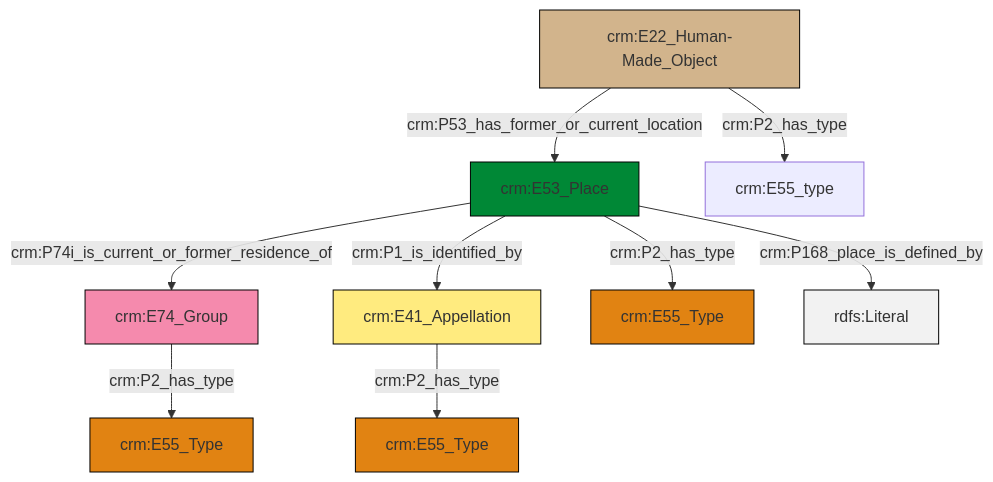
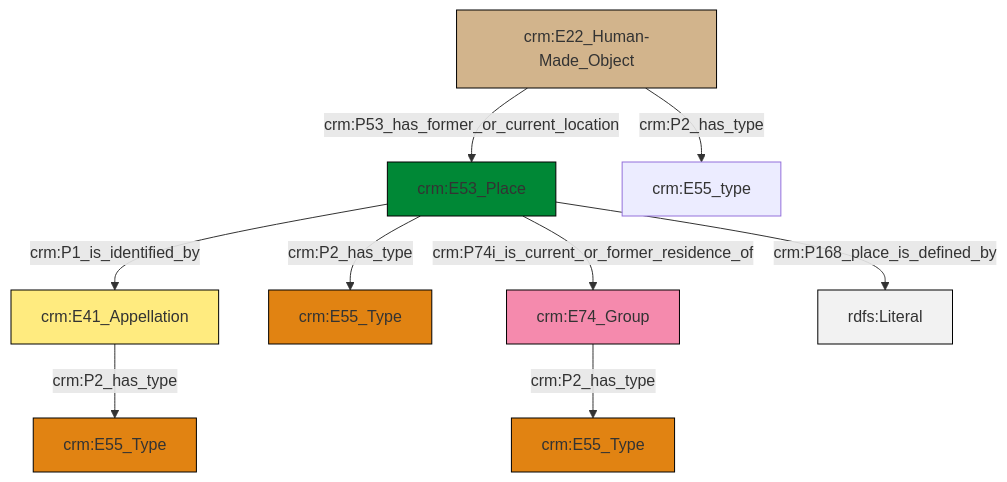
The diagram in et/artworkCSV/ttl/mmd/Artwork_Location.ttl.mmd (swiss-art-research-net/reference-data-models), drawn with Mermaid before and after one commit. The commit also changed 126 other files, not shown here.

```diff
--- a/et/artworkCSV/ttl/mmd/Artwork_Location.ttl.mmd
+++ b/et/artworkCSV/ttl/mmd/Artwork_Location.ttl.mmd
@@ -1,23 +1,23 @@
 graph TD
 classDef Literal fill:#f2f2f2,stroke:#000000;
 classDef CRM_Entity fill:#FFFFFF,stroke:#000000;
 classDef Temporal_Entity fill:#00C9E6, stroke:#000000;
 classDef Type fill:#E18312, stroke:#000000;
 classDef Time-Span fill:#2C9C91, stroke:#000000;
 classDef Appellation fill:#FFEB7F, stroke:#000000;
 classDef Place fill:#008836, stroke:#000000;
 classDef Persistent_Item fill:#B266B2, stroke:#000000;
 classDef Conceptual_Object fill:#FFD700, stroke:#000000;
 classDef Physical_Thing fill:#D2B48C, stroke:#000000;
 classDef Actor fill:#f58aad, stroke:#000000;
 classDef PC_Classes fill:#4ce600, stroke:#000000;
 classDef Multi fill:#cccccc,stroke:#000000;
 
-0["crm:E22_Human-Made_Object"]:::Physical_Thing -->|crm:P53_has_former_or_current_location| 1["crm:E53_Place"]:::Place
-0["crm:E22_Human-Made_Object"]:::Physical_Thing -->|crm:P2_has_type| 8["crm:E55_type"]:::Default
-4["crm:E74_Group"]:::Actor -->|crm:P2_has_type| 9["crm:E55_Type"]:::Type
-1["crm:E53_Place"]:::Place -->|crm:P74i_is_current_or_former_residence_of| 4["crm:E74_Group"]:::Actor
-1["crm:E53_Place"]:::Place -->|crm:P2_has_type| 12["crm:E55_Type"]:::Type
-2["crm:E41_Appellation"]:::Appellation -->|crm:P2_has_type| 6["crm:E55_Type"]:::Type
-1["crm:E53_Place"]:::Place -->|crm:P1_is_identified_by| 2["crm:E41_Appellation"]:::Appellation
-1["crm:E53_Place"]:::Place -->|crm:P168_place_is_defined_by| 19[rdfs:Literal]:::Literal
+4["crm:E53_Place"]:::Place -->|crm:P2_has_type| 2["crm:E55_Type"]:::Type
+4["crm:E53_Place"]:::Place -->|crm:P1_is_identified_by| 5["crm:E41_Appellation"]:::Appellation
+0["crm:E74_Group"]:::Actor -->|crm:P2_has_type| 9["crm:E55_Type"]:::Type
+4["crm:E53_Place"]:::Place -->|crm:P74i_is_current_or_former_residence_of| 0["crm:E74_Group"]:::Actor
+5["crm:E41_Appellation"]:::Appellation -->|crm:P2_has_type| 7["crm:E55_Type"]:::Type
+11["crm:E22_Human-Made_Object"]:::Physical_Thing -->|crm:P2_has_type| 13["crm:E55_type"]:::Default
+4["crm:E53_Place"]:::Place -->|crm:P168_place_is_defined_by| 16[rdfs:Literal]:::Literal
+11["crm:E22_Human-Made_Object"]:::Physical_Thing -->|crm:P53_has_former_or_current_location| 4["crm:E53_Place"]:::Place
```
